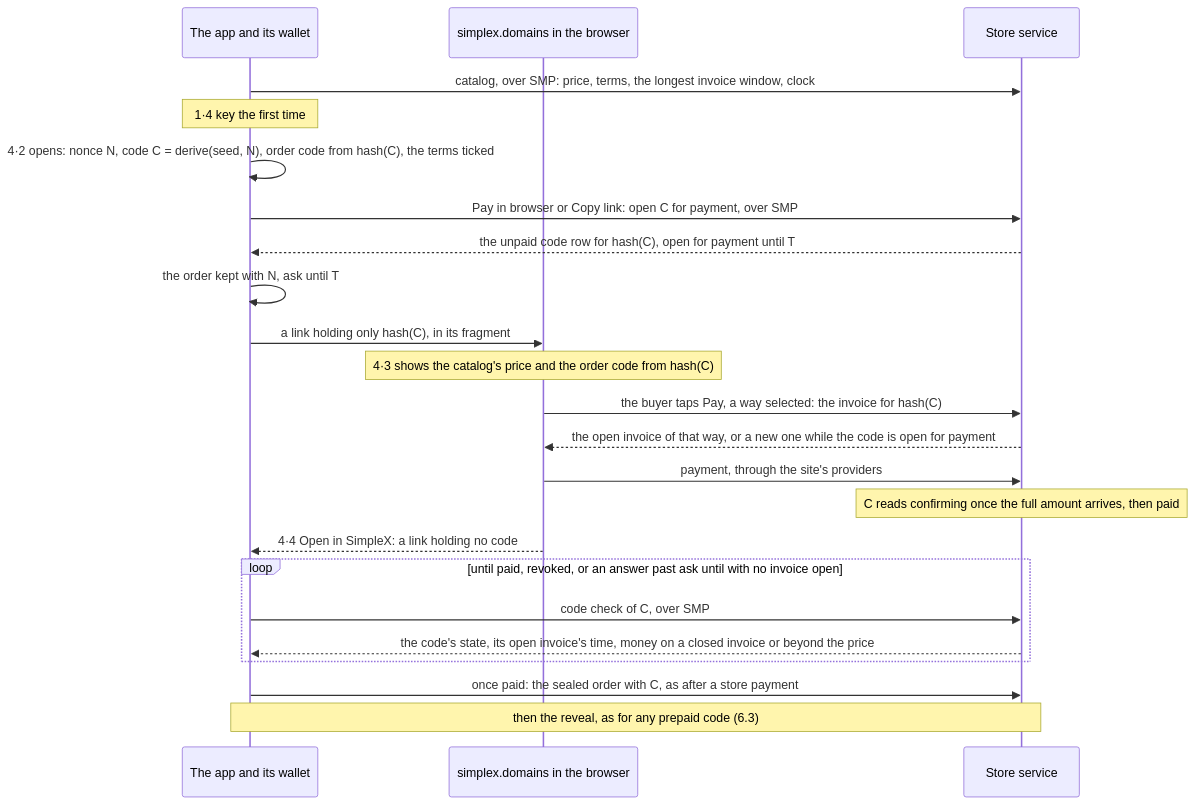
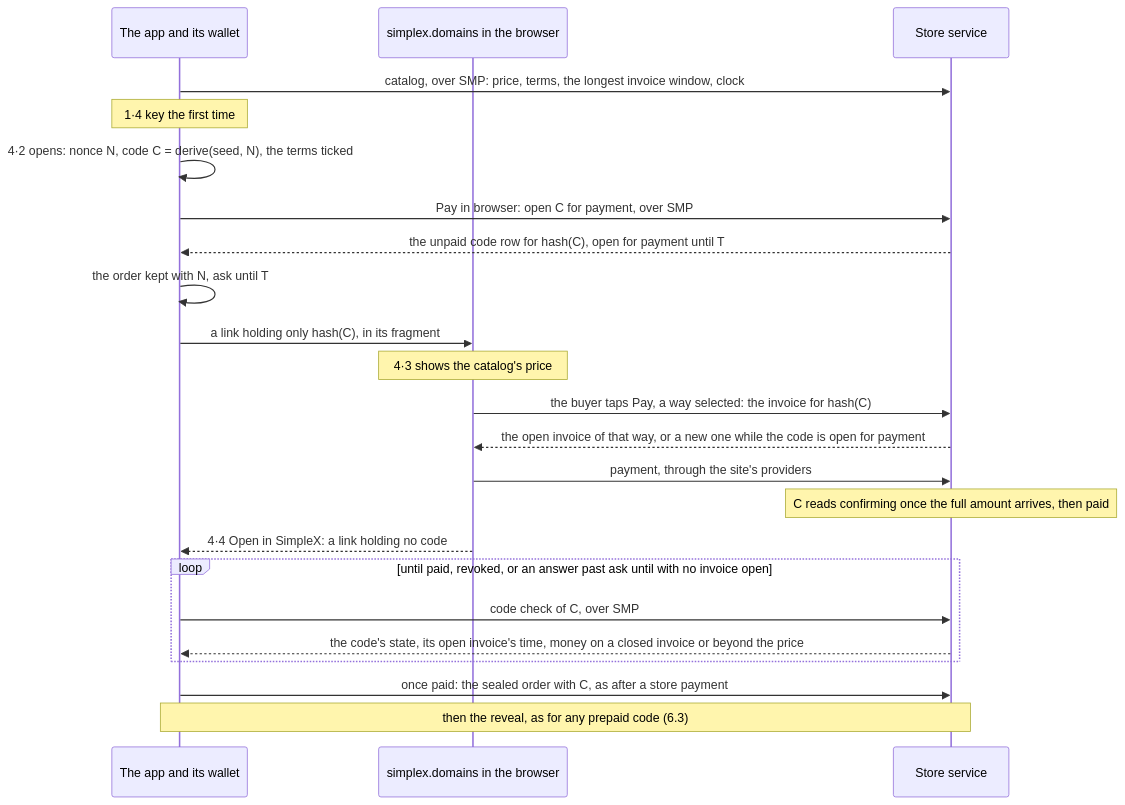
Before and after one commit to simplex-chat/simplex-chat: the tenth of 12 diagrams in plans/2026-10-30-names-in-app-purchases.md, drawn with Mermaid. The commit also changed other lines of this file, not shown here.

````diff
--- a/plans/2026-10-30-names-in-app-purchases.md
+++ b/plans/2026-10-30-names-in-app-purchases.md
@@ -1088,25 +1098,25 @@
 ```mermaid
 sequenceDiagram
   participant App as The app and its wallet
   participant Page as simplex.domains in the browser
   participant Svc as Store service
   App->>Svc: catalog, over SMP: price, terms, the longest invoice window, clock
   Note over App: 1·4 key the first time
-  App->>App: 4·2 opens: nonce N, code C = derive(seed, N), order code from hash(C), the terms ticked
-  App->>Svc: Pay in browser or Copy link: open C for payment, over SMP
+  App->>App: 4·2 opens: nonce N, code C = derive(seed, N), the terms ticked
+  App->>Svc: Pay in browser: open C for payment, over SMP
   Svc-->>App: the unpaid code row for hash(C), open for payment until T
   App->>App: the order kept with N, ask until T
   App->>Page: a link holding only hash(C), in its fragment
-  Note over Page: 4·3 shows the catalog's price and the order code from hash(C)
+  Note over Page: 4·3 shows the catalog's price
   Page->>Svc: the buyer taps Pay, a way selected: the invoice for hash(C)
   Svc-->>Page: the open invoice of that way, or a new one while the code is open for payment
   Page->>Svc: payment, through the site's providers
   Note over Svc: C reads confirming once the full amount arrives, then paid
   Page-->>App: 4·4 Open in SimpleX: a link holding no code
   loop until paid, revoked, or an answer past ask until with no invoice open
     App->>Svc: code check of C, over SMP
     Svc-->>App: the code's state, its open invoice's time, money on a closed invoice or beyond the price
   end
   App->>Svc: once paid: the sealed order with C, as after a store payment
   Note over App,Svc: then the reveal, as for any prepaid code (6.3)
 ```
````
